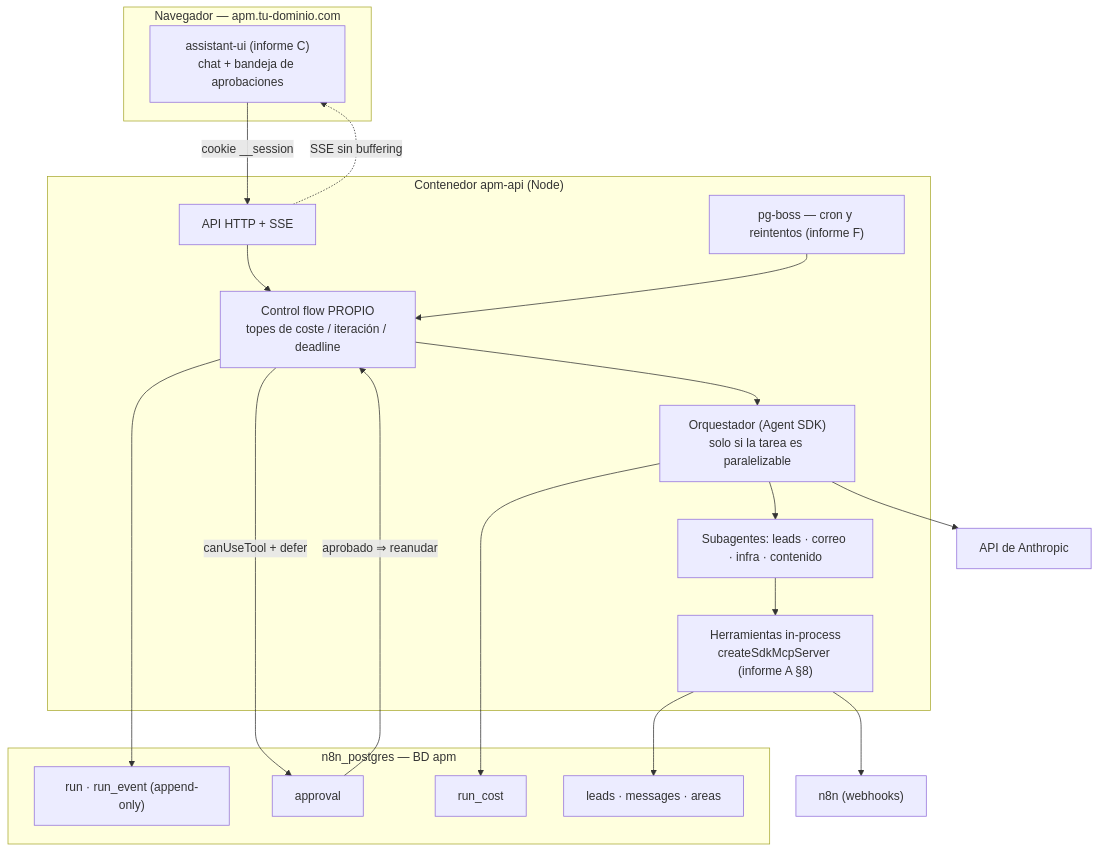
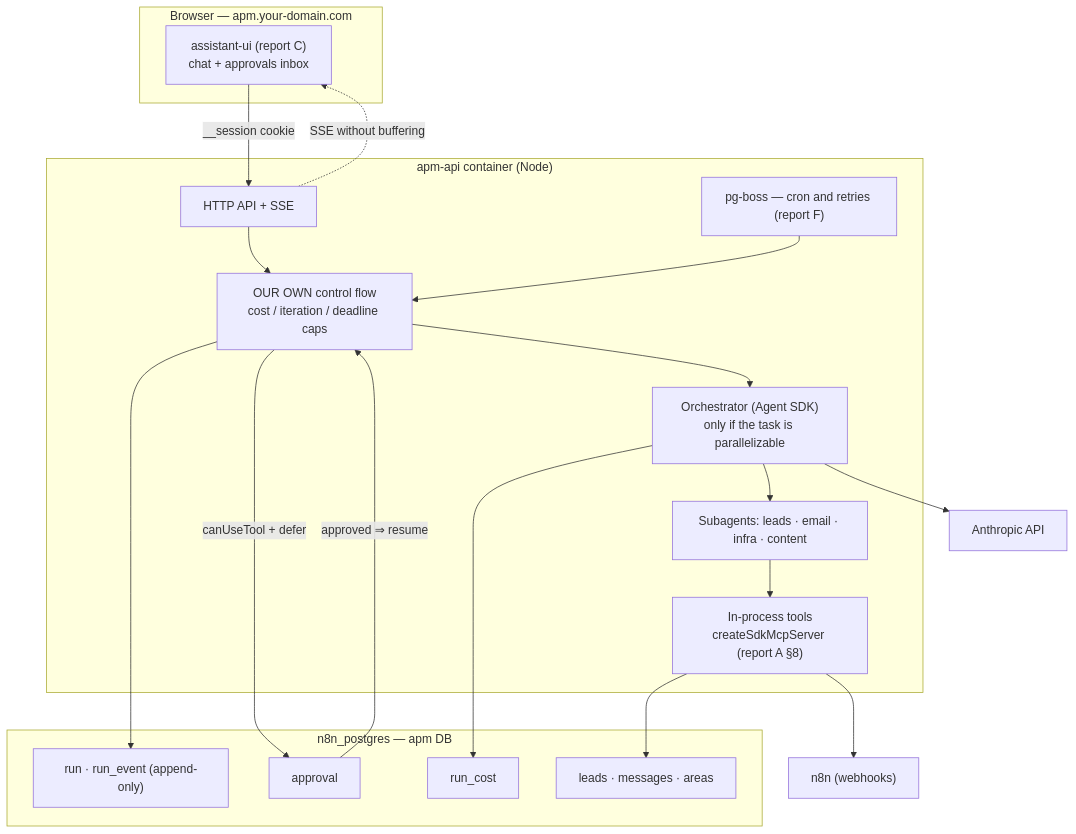
One commit to RosaritoRD/centro-de-mando changed the diagram in docs/research/B-arquitecturas.md. Above: the diagram before and after it, drawn with Mermaid. The commit also changed other lines of this file and 79 other files, not shown here.

Commit message:
English everywhere: bilingual web panel (EN/ES, follows the browser), API messages, comments, docs and research reports

````diff
--- a/docs/research/B-arquitecturas.md
+++ b/docs/research/B-arquitecturas.md
@@ -289,37 +284,37 @@
 ```mermaid
 flowchart TB
-    subgraph nav["Navegador — apm.tu-dominio.com"]
-        UI["assistant-ui (informe C)<br/>chat + bandeja de aprobaciones"]
+    subgraph nav["Browser — apm.your-domain.com"]
+        UI["assistant-ui (report C)<br/>chat + approvals inbox"]
     end
 
-    subgraph apm["Contenedor apm-api (Node)"]
-        HTTP["API HTTP + SSE"]
-        LOOP["Control flow PROPIO<br/>topes de coste / iteración / deadline"]
-        ORCH["Orquestador (Agent SDK)<br/>solo si la tarea es paralelizable"]
-        SUB["Subagentes: leads · correo · infra · contenido"]
-        TOOLS["Herramientas in-process<br/>createSdkMcpServer (informe A §8)"]
-        BOSS["pg-boss — cron y reintentos (informe F)"]
+    subgraph apm["apm-api container (Node)"]
+        HTTP["HTTP API + SSE"]
+        LOOP["OUR OWN control flow<br/>cost / iteration / deadline caps"]
+        ORCH["Orchestrator (Agent SDK)<br/>only if the task is parallelizable"]
+        SUB["Subagents: leads · email · infra · content"]
+        TOOLS["In-process tools<br/>createSdkMcpServer (report A §8)"]
+        BOSS["pg-boss — cron and retries (report F)"]
     end
 
-    subgraph pg["n8n_postgres — BD apm"]
+    subgraph pg["n8n_postgres — apm DB"]
         T1["run · run_event (append-only)"]
         T2["approval"]
         T3["run_cost"]
         T4["leads · messages · areas"]
     end
 
     N8N["n8n (webhooks)"]
-    API["API de Anthropic"]
+    API["Anthropic API"]
 
-    UI -->|"cookie __session"| HTTP
+    UI -->|"__session cookie"| HTTP
     HTTP --> LOOP --> ORCH --> SUB --> TOOLS
     ORCH --> API
     LOOP --> T1
     LOOP -->|canUseTool + defer| T2
-    T2 -->|"aprobado ⇒ reanudar"| LOOP
+    T2 -->|"approved ⇒ resume"| LOOP
     ORCH --> T3
     TOOLS --> T4
     TOOLS --> N8N
     BOSS --> LOOP
-    HTTP -.->|"SSE sin buffering"| UI
+    HTTP -.->|"SSE without buffering"| UI
 ```
````
